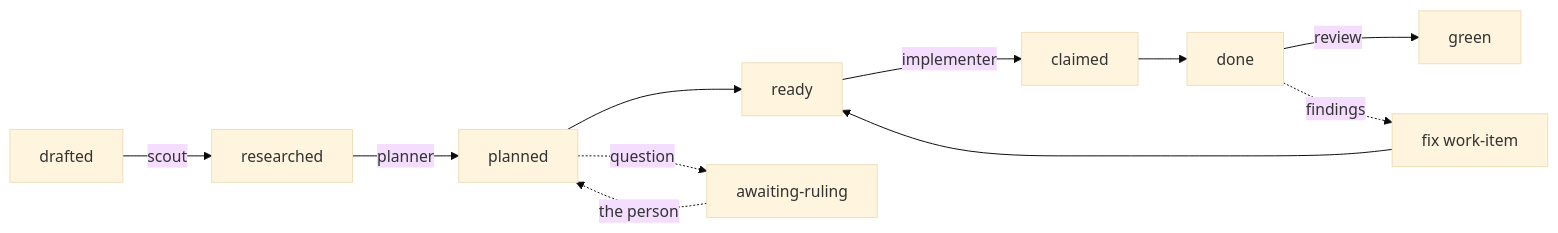
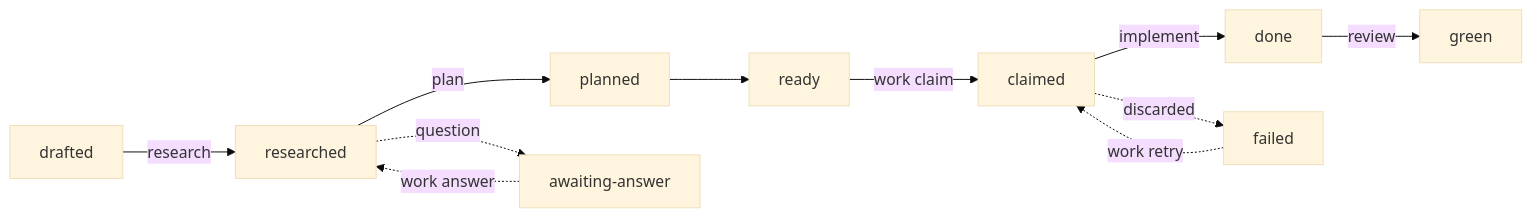
Before and after one commit to dstengle/shopsystem-bdd: the second of 2 diagrams in docs/design-model/design-model.md, drawn with Mermaid (base theme). The commit also changed other lines of this file and 4 other files, not shown here.

````diff
--- a/docs/design-model/design-model.md
+++ b/docs/design-model/design-model.md
@@ -303,7 +347,7 @@
 ```mermaid
 flowchart LR
-  drafted -->|scout| researched -->|planner| planned --> ready
-  planned -.->|question| ar[awaiting-ruling] -.->|the person| planned
-  ready -->|implementer| claimed --> done -->|review| green
-  done -.->|findings| fix[fix work-item] --> ready
+  drafted -->|research| researched -->|plan| planned --> ready
+  ready -->|work claim| claimed -->|implement| done -->|review| green
+  researched -.->|question| aa[awaiting-answer] -.->|work answer| researched
+  claimed -.->|discarded| failed -.->|work retry| claimed
 ```
````
